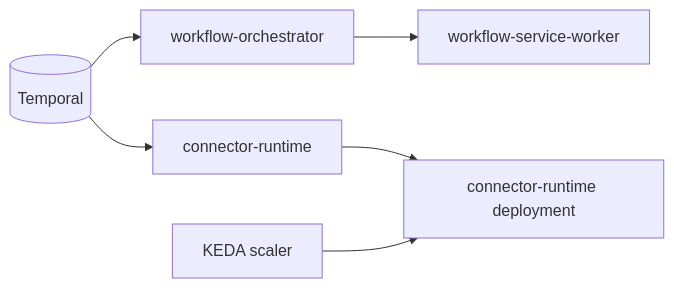
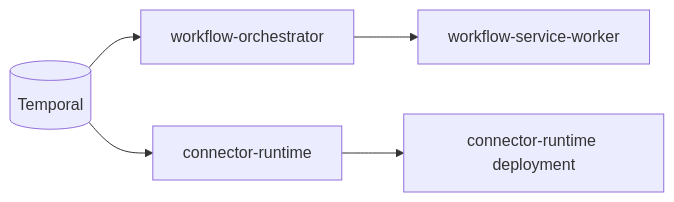
One commit to ccarnero/colloqui changed the third of 3 diagrams in DOCS/04-WORKFLOW-ENGINE.md. Above: the diagram before and after it, drawn with Mermaid. The commit also changed other lines of this file and 857 other files, not shown here.

````diff
--- a/DOCS/04-WORKFLOW-ENGINE.md
+++ b/DOCS/04-WORKFLOW-ENGINE.md
@@ -72,10 +87,8 @@
 ```mermaid
 flowchart LR
     temporal[(Temporal)] --> orq[workflow-orchestrator]
-    temporal --> hq[connector-runtime]
+    temporal --> crtq[connector-runtime]
 
     orq --> wworker[workflow-service-worker]
-    hq --> hadapter[connector-runtime deployment]
-
-    keda[KEDA scaler] --> hadapter
+    crtq --> cr[connector-runtime deployment]
 ```
````
